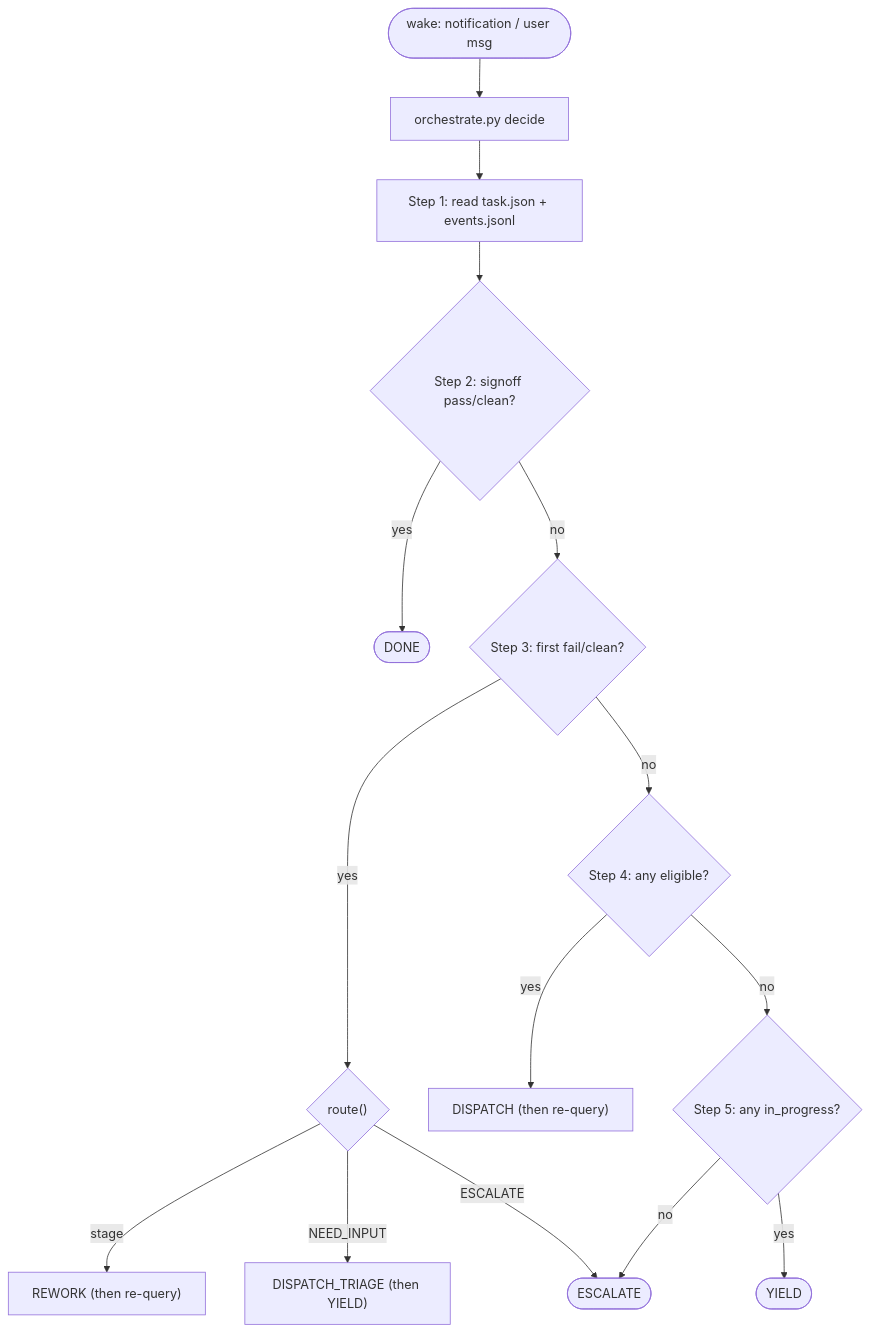
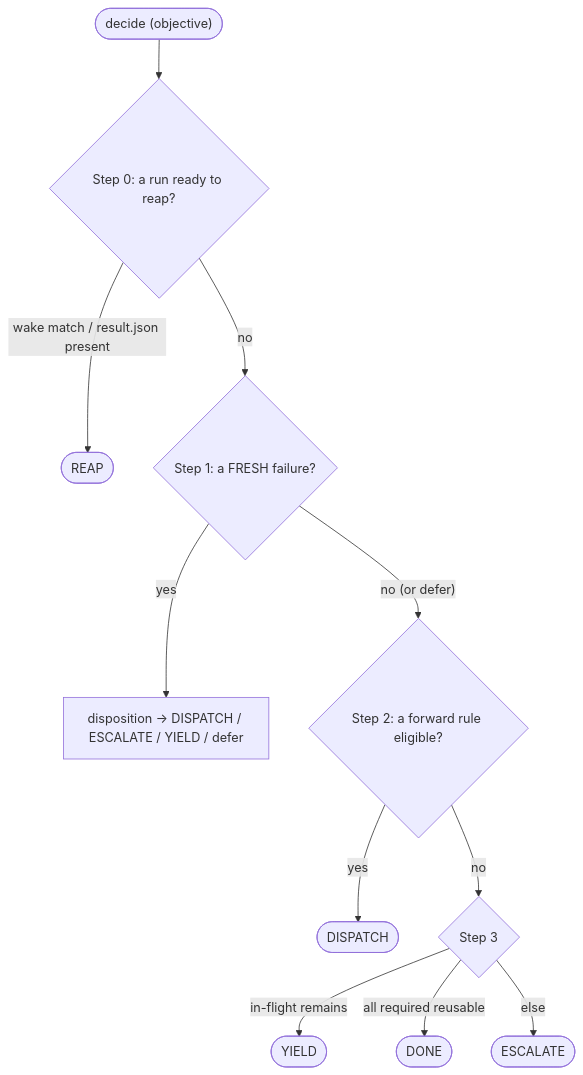
One commit to chipweaver/veripower changed the diagram in ARCHITECTURE.md. Above: the diagram before and after it, drawn with Mermaid. The commit also changed other lines of this file and 2 other files, not shown here.

Commit message:
docs(kernel): rewrite ARCHITECTURE for the event-sourced kernel; update CLAUDE layout

````diff
--- a/ARCHITECTURE.md
+++ b/ARCHITECTURE.md
@@ -349,17 +343,13 @@
 ```mermaid
 flowchart TD
-    W(["wake: notification / user msg"]) --> N["orchestrate.py decide"]
-    N --> S1["Step 1: read task.json + events.jsonl"]
-    S1 --> S2{"Step 2: signoff pass/clean?"}
-    S2 -- yes --> DONE(["DONE"])
-    S2 -- no --> S3{"Step 3: first fail/clean?"}
-    S3 -- yes --> RT{"route()"}
-    RT -- stage --> RW["REWORK (then re-query)"]
-    RT -- NEED_INPUT --> TR["DISPATCH_TRIAGE (then YIELD)"]
-    RT -- ESCALATE --> ESC(["ESCALATE"])
-    S3 -- no --> S4{"Step 4: any eligible?"}
-    S4 -- yes --> DSP["DISPATCH (then re-query)"]
-    S4 -- no --> S5{"Step 5: any in_progress?"}
-    S5 -- yes --> Y(["YIELD"])
-    S5 -- no --> ESC
+    W(["decide (objective)"]) --> S0{"Step 0: a run ready to reap?"}
+    S0 -- "wake match / result.json present" --> RP(["REAP"])
+    S0 -- no --> S1{"Step 1: a FRESH failure?"}
+    S1 -- yes --> DISP["disposition → DISPATCH / ESCALATE / YIELD / defer"]
+    S1 -- "no (or defer)" --> S2{"Step 2: a forward rule eligible?"}
+    S2 -- yes --> DSP(["DISPATCH"])
+    S2 -- no --> S3{"Step 3"}
+    S3 -- "in-flight remains" --> Y(["YIELD"])
+    S3 -- "all required reusable" --> DONE(["DONE"])
+    S3 -- else --> ESC(["ESCALATE"])
 ```
````
